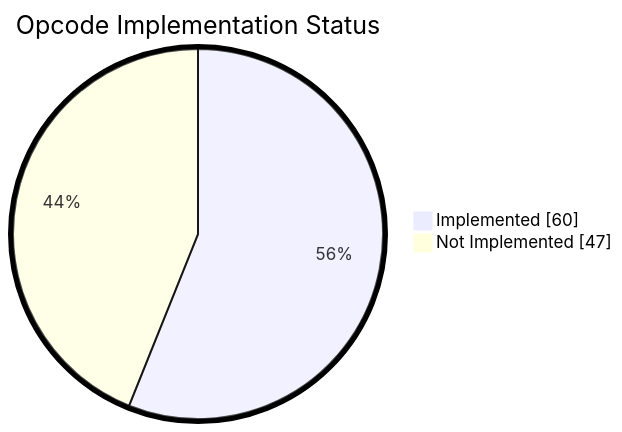
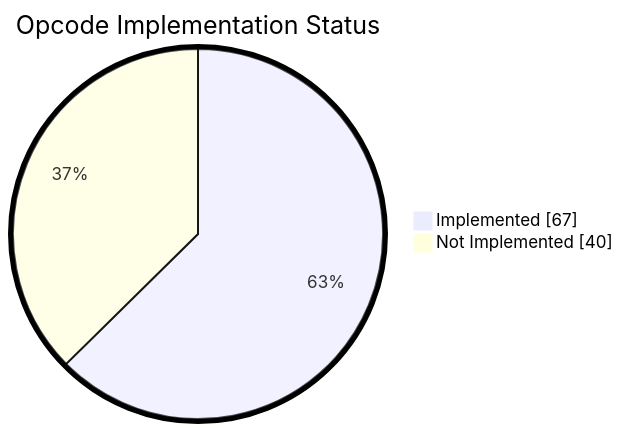
Before and after one commit to keep-starknet-strange/shinigami: the diagram in README.md, drawn with Mermaid. The commit also changed other lines of this file and 1 other file, not shown here.

````diff
--- a/README.md
+++ b/README.md
@@ -54,7 +54,7 @@
 ```mermaid
 %%{init: {"pie": {"textPosition": 0.75}, "themeVariables": {"pieOuterStrokeWidth": "5px"}} }%%
 pie showData
     title Opcode Implementation Status
-    "Implemented" : 60
-    "Not Implemented" : 47
+    "Implemented" : 67
+    "Not Implemented" : 40
 ```
````
